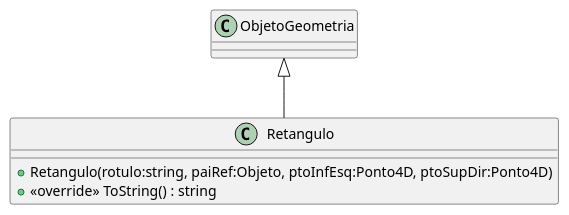
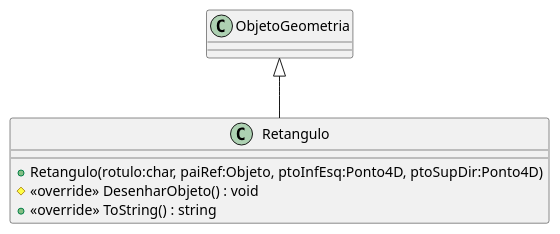
The diagram in unidade_3/CG_N3/plantuml/Retangulo.puml (GCG-FURB/disciplinaCg_2020-2_not_equipe-01), drawn with PlantUML before and after one commit. The commit also changed 14 other files, not shown here.

Commit message:
Diagrama

```diff
--- a/unidade_3/CG_N3/plantuml/Retangulo.puml
+++ b/unidade_3/CG_N3/plantuml/Retangulo.puml
@@ -1,7 +1,8 @@
 @startuml
 class Retangulo {
-    + Retangulo(rotulo:string, paiRef:Objeto, ptoInfEsq:Ponto4D, ptoSupDir:Ponto4D)
+    + Retangulo(rotulo:char, paiRef:Objeto, ptoInfEsq:Ponto4D, ptoSupDir:Ponto4D)
+    # <<override>> DesenharObjeto() : void
     + <<override>> ToString() : string
 }
 ObjetoGeometria <|-- Retangulo
 @enduml
```
